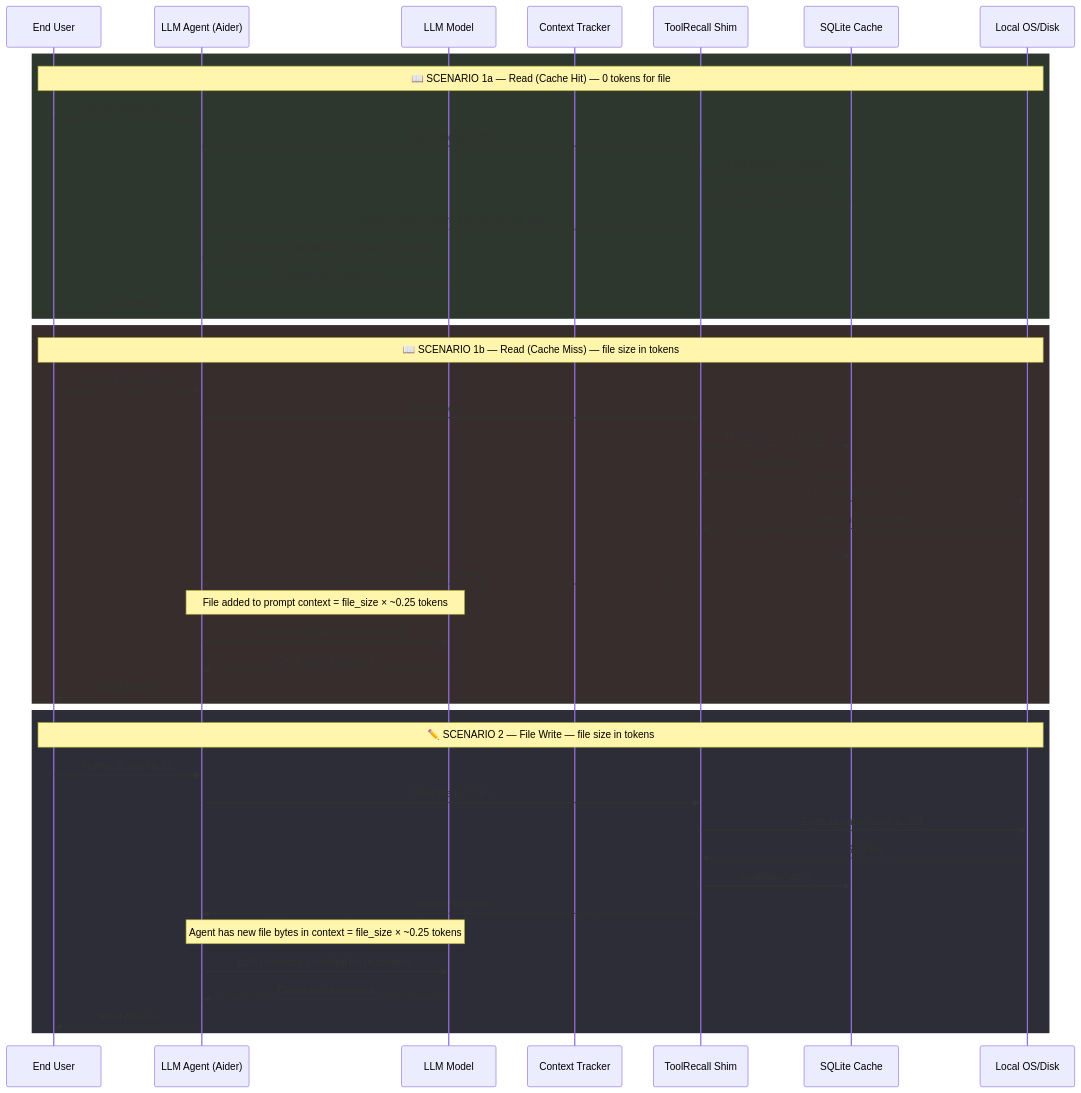
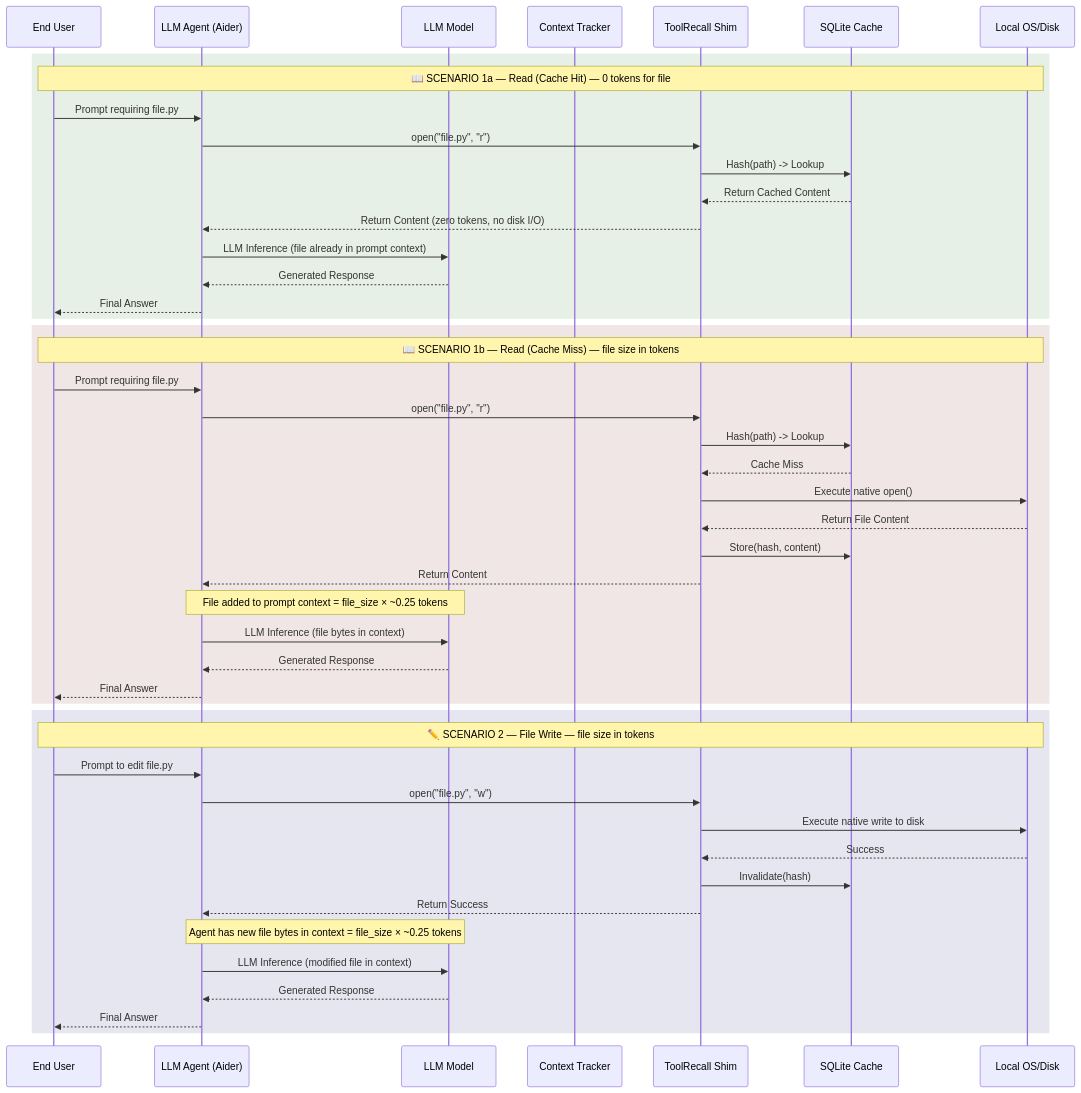
Before and after one commit to whiskybeer/toolrecall: the second of 2 diagrams in docs/ARCHITECTURE_DIAGRAM.md, drawn with Mermaid. The commit also changed other lines of this file, not shown here.

Commit message:
fix: revert flowchart to original, brighten sequence diagram rects for readability

````diff
--- a/docs/ARCHITECTURE_DIAGRAM.md
+++ b/docs/ARCHITECTURE_DIAGRAM.md
@@ -60,52 +56,52 @@
 ```mermaid
 sequenceDiagram
     participant User as End User
     participant Agent as LLM Agent (Aider)
     participant Model as LLM Model
     participant CT as Context Tracker
     participant Shim as ToolRecall Shim
     participant SQLite as SQLite Cache
     participant OS as Local OS/Disk
 
-    rect rgb(45, 55, 45)
+    rect rgb(230, 240, 230)
     Note over User, OS: 📖 SCENARIO 1a — Read (Cache Hit) — 0 tokens for file
     User->>Agent: Prompt requiring file.py
     Agent->>Shim: open("file.py", "r")
     Shim->>SQLite: Hash(path) -> Lookup
     SQLite-->>Shim: Return Cached Content
     Shim-->>Agent: Return Content (zero tokens, no disk I/O)
     Agent->>Model: LLM Inference (file already in prompt context)
     Model-->>Agent: Generated Response
     Agent-->>User: Final Answer
     end
 
-    rect rgb(55, 45, 45)
+    rect rgb(240, 230, 230)
     Note over User, OS: 📖 SCENARIO 1b — Read (Cache Miss) — file size in tokens
     User->>Agent: Prompt requiring file.py
     Agent->>Shim: open("file.py", "r")
     Shim->>SQLite: Hash(path) -> Lookup
     SQLite-->>Shim: Cache Miss
     Shim->>OS: Execute native open()
     OS-->>Shim: Return File Content
     Shim->>SQLite: Store(hash, content)
     Shim-->>Agent: Return Content
     Note over Agent, Model: File added to prompt context = file_size × ~0.25 tokens
     Agent->>Model: LLM Inference (file bytes in context)
     Model-->>Agent: Generated Response
     Agent-->>User: Final Answer
     end
 
-    rect rgb(45, 45, 55)
+    rect rgb(230, 230, 240)
     Note over User, OS: ✏️ SCENARIO 2 — File Write — file size in tokens
     User->>Agent: Prompt to edit file.py
     Agent->>Shim: open("file.py", "w")
     Shim->>OS: Execute native write to disk
     OS-->>Shim: Success
     Shim->>SQLite: Invalidate(hash)
     Shim-->>Agent: Return Success
     Note over Agent, Model: Agent has new file bytes in context = file_size × ~0.25 tokens
     Agent->>Model: LLM Inference (modified file in context)
     Model-->>Agent: Generated Response
     Agent-->>User: Final Answer
     end
 ```
````
